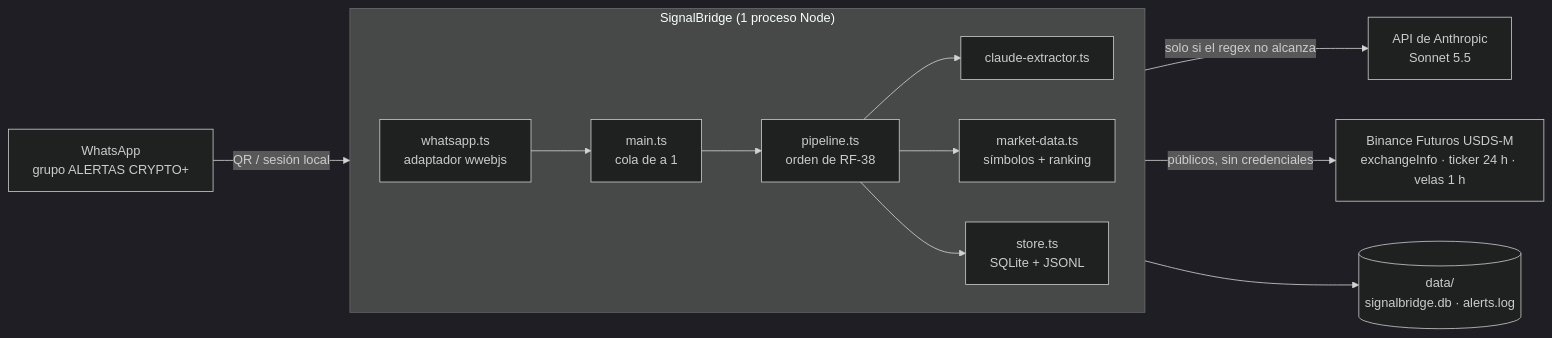
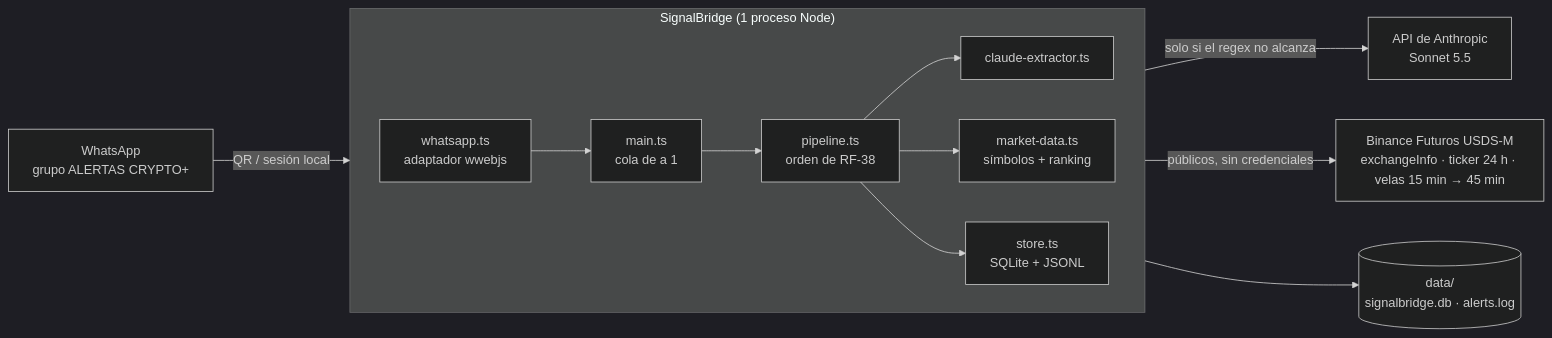
The first of 4 diagrams in docs/arquitectura.md (oespinola/v4), drawn with Mermaid (dark theme) before and after one commit. The commit also changed other lines of this file and 3 other files, not shown here.

Commit message:
docs(prd): calcular ASL21/EMA55 sobre velas de 45 min (RF-24, AC-69)

````diff
--- a/docs/arquitectura.md
+++ b/docs/arquitectura.md
@@ -12,15 +12,15 @@
 ```mermaid
 flowchart LR
   WA["WhatsApp<br/>grupo ALERTAS CRYPTO+"]
   subgraph SB["SignalBridge (1 proceso Node)"]
     direction LR
     W["whatsapp.ts<br/>adaptador wwebjs"] --> M["main.ts<br/>cola de a 1"] --> P["pipeline.ts<br/>orden de RF-38"]
     P --> C["claude-extractor.ts"]
     P --> MD["market-data.ts<br/>símbolos + ranking"]
     P --> S["store.ts<br/>SQLite + JSONL"]
   end
   WA -- "QR / sesión local" --> W
   C -- "solo si el regex no alcanza" --> AN["API de Anthropic<br/>Sonnet 5.5"]
-  MD -- "públicos, sin credenciales" --> BN["Binance Futuros USDS-M<br/>exchangeInfo · ticker 24 h · velas 1 h"]
+  MD -- "públicos, sin credenciales" --> BN["Binance Futuros USDS-M<br/>exchangeInfo · ticker 24 h · velas 15 min → 45 min"]
   S --> D[("data/<br/>signalbridge.db · alerts.log")]
 ```
````
